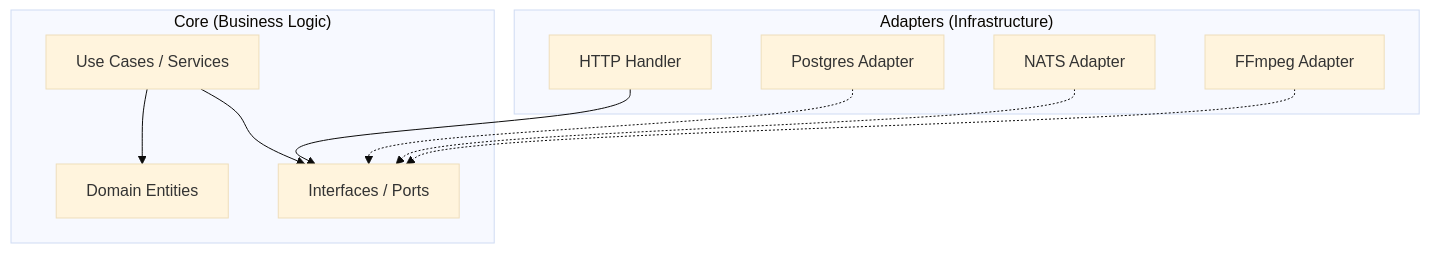
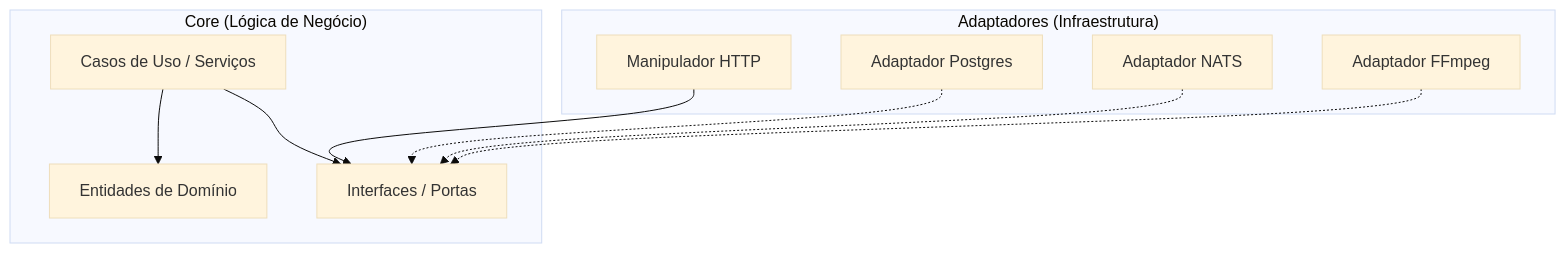
Before and after one commit to elvismariel/grupo-140-fiapx: the second of 4 diagrams in docs/architecture.md, drawn with Mermaid (base theme). The commit also changed other lines of this file and 1 other file, not shown here.

````diff
--- a/docs/architecture.md
+++ b/docs/architecture.md
@@ -52,22 +52,22 @@
 ```mermaid
 graph TD
-    subgraph "Core (Business Logic)"
-        Domain[Domain Entities]
-        UseCase[Use Cases / Services]
-        Ports[Interfaces / Ports]
+    subgraph "Core (Lógica de Negócio)"
+        Domain[Entidades de Domínio]
+        UseCase[Casos de Uso / Serviços]
+        Ports[Interfaces / Portas]
     end
 
-    subgraph "Adapters (Infrastructure)"
-        HTTP[HTTP Handler]
-        DB[Postgres Adapter]
-        Bus[NATS Adapter]
-        Ext[FFmpeg Adapter]
+    subgraph "Adaptadores (Infraestrutura)"
+        HTTP[Manipulador HTTP]
+        DB[Adaptador Postgres]
+        Bus[Adaptador NATS]
+        Ext[Adaptador FFmpeg]
     end
 
     HTTP --> Ports
     UseCase --> Domain
     UseCase --> Ports
     DB -.-> Ports
     Bus -.-> Ports
     Ext -.-> Ports
 ```
````
